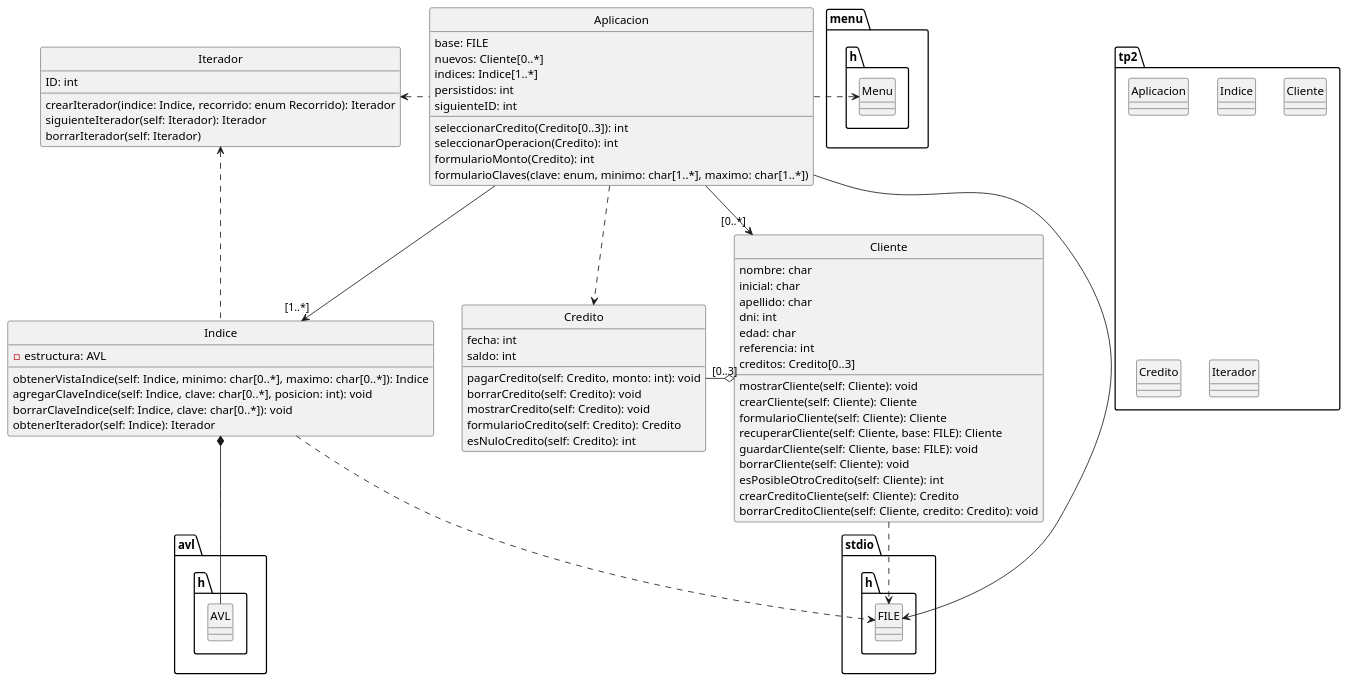
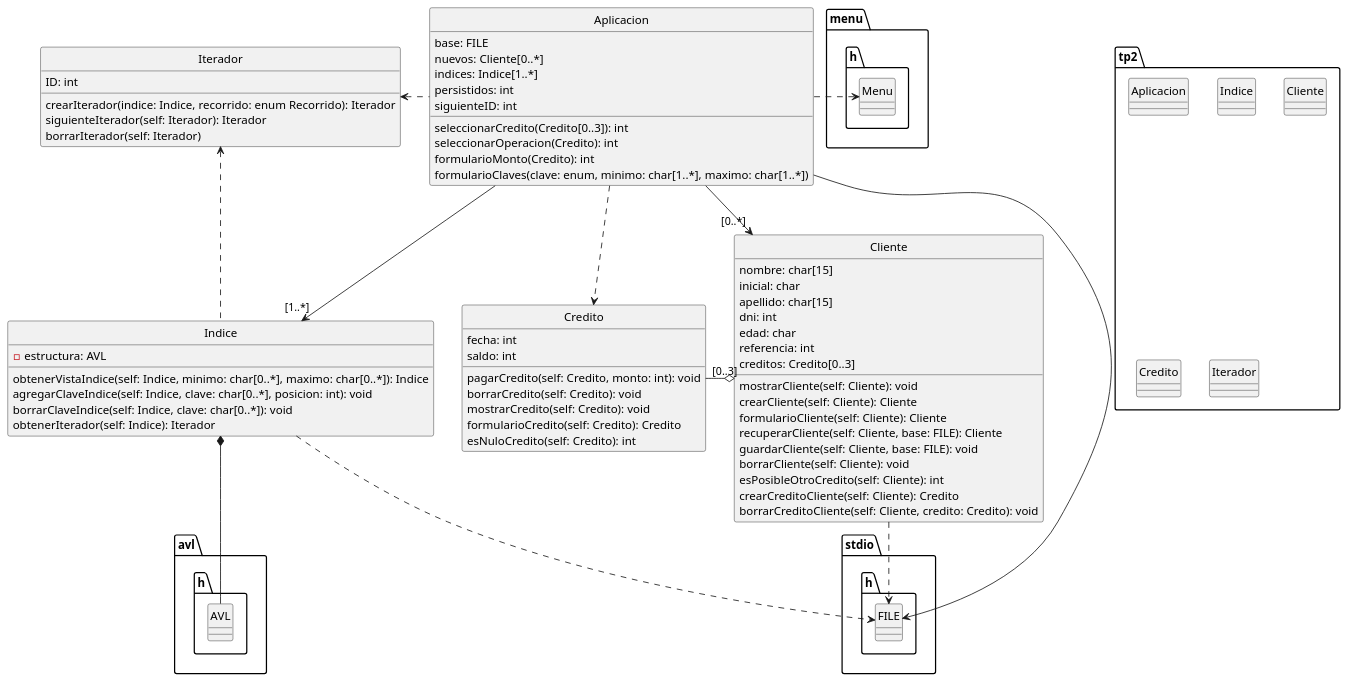
The diagram in diagrama.puml (HeraclitoDeEfeso/TP-final-parte-2), drawn with PlantUML before and after one commit.

Commit message:
largo de la cadena de caracteres

```diff
--- a/diagrama.puml
+++ b/diagrama.puml
@@ -1,93 +1,93 @@
 @startuml
 
 package tp2 <<Folder>> {
     class Aplicacion 
     class Indice
     class Cliente
     class Credito
     class Iterador
 }
 
 package stdio.h <<Folder>> {
     class FILE
 }
 
 package avl.h <<Folder>> {
     class AVL
 }
 
 package menu.h <<Folder>> {
     class Menu
 }
 
 class Aplicacion {
 	base: FILE
 	nuevos: Cliente[0..*]
 	indices: Indice[1..*]
 	persistidos: int
 	siguienteID: int
 	seleccionarCredito(Credito[0..3]): int
 	seleccionarOperacion(Credito): int
 	formularioMonto(Credito): int
 	formularioClaves(clave: enum, minimo: char[1..*], maximo: char[1..*])
 }
 
 class Cliente {
-	nombre: char
+	nombre: char[15]
  	inicial: char
-	apellido: char
+	apellido: char[15]
 	dni: int
 	edad: char
 	referencia: int
 	creditos: Credito[0..3]
 	mostrarCliente(self: Cliente): void
 	crearCliente(self: Cliente): Cliente
 	formularioCliente(self: Cliente): Cliente
 	recuperarCliente(self: Cliente, base: FILE): Cliente
 	guardarCliente(self: Cliente, base: FILE): void
 	borrarCliente(self: Cliente): void
 	esPosibleOtroCredito(self: Cliente): int
 	crearCreditoCliente(self: Cliente): Credito
 	borrarCreditoCliente(self: Cliente, credito: Credito): void
 }
 
 class Credito {
 	fecha: int
   	saldo: int
 	pagarCredito(self: Credito, monto: int): void
 	borrarCredito(self: Credito): void
 	mostrarCredito(self: Credito): void
 	formularioCredito(self: Credito): Credito
 	esNuloCredito(self: Credito): int
 }
 
 class Indice {
 	-estructura: AVL
 	obtenerVistaIndice(self: Indice, minimo: char[0..*], maximo: char[0..*]): Indice
 	agregarClaveIndice(self: Indice, clave: char[0..*], posicion: int): void
 	borrarClaveIndice(self: Indice, clave: char[0..*]): void
 	obtenerIterador(self: Indice): Iterador
 }
 
 class Iterador {
 	ID: int
 	crearIterador(indice: Indice, recorrido: enum Recorrido): Iterador
 	siguienteIterador(self: Iterador): Iterador
 	borrarIterador(self: Iterador)	
 }
 
 Aplicacion .left.> Menu
 Aplicacion --> "[1..*]" Indice
 Aplicacion --> FILE
 Aplicacion --> "[0..*]" Cliente
 Aplicacion ..> Credito
 Cliente o-left- "[0..3]" Credito
 Cliente ..> FILE
 Indice ..> FILE
 Indice *-down- AVL
 Indice .up.> Iterador
 Aplicacion .left.> Iterador
 
 hide class circle
 
 @enduml
```
